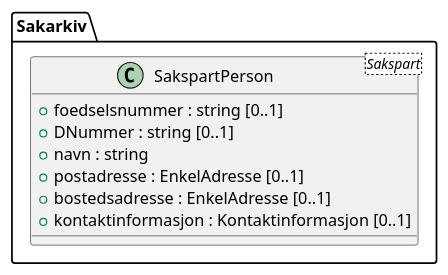
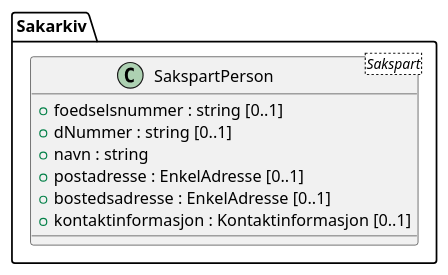
One commit to arkivverket/noark5-tjenestegrensesnitt-standard changed the diagram in kapitler/media/uml-class-sakspartperson.iuml. Above: the diagram before and after it, drawn with PlantUML. The commit also changed 2 other files, not shown here.

Commit message:
Endre DNummer til dNummer for å gjøre API-et mer konsistent
Felt for å ta vare på D-nummer har to varianter i teksten, DNummer
og dNummer.  Endrer alle til dNummer slik at API-brukere slipper å
forholde seg til to ulike navn for samme felttype.

Fixes #87

```diff
--- a/kapitler/media/uml-class-sakspartperson.iuml
+++ b/kapitler/media/uml-class-sakspartperson.iuml
@@ -1,10 +1,10 @@
 @startuml
 class Sakarkiv.SakspartPerson <Sakspart> {
   +foedselsnummer : string [0..1]
-  +DNummer : string [0..1]
+  +dNummer : string [0..1]
   +navn : string
   +postadresse : EnkelAdresse [0..1]
   +bostedsadresse : EnkelAdresse [0..1]
   +kontaktinformasjon : Kontaktinformasjon [0..1]
 }
 @enduml
```
